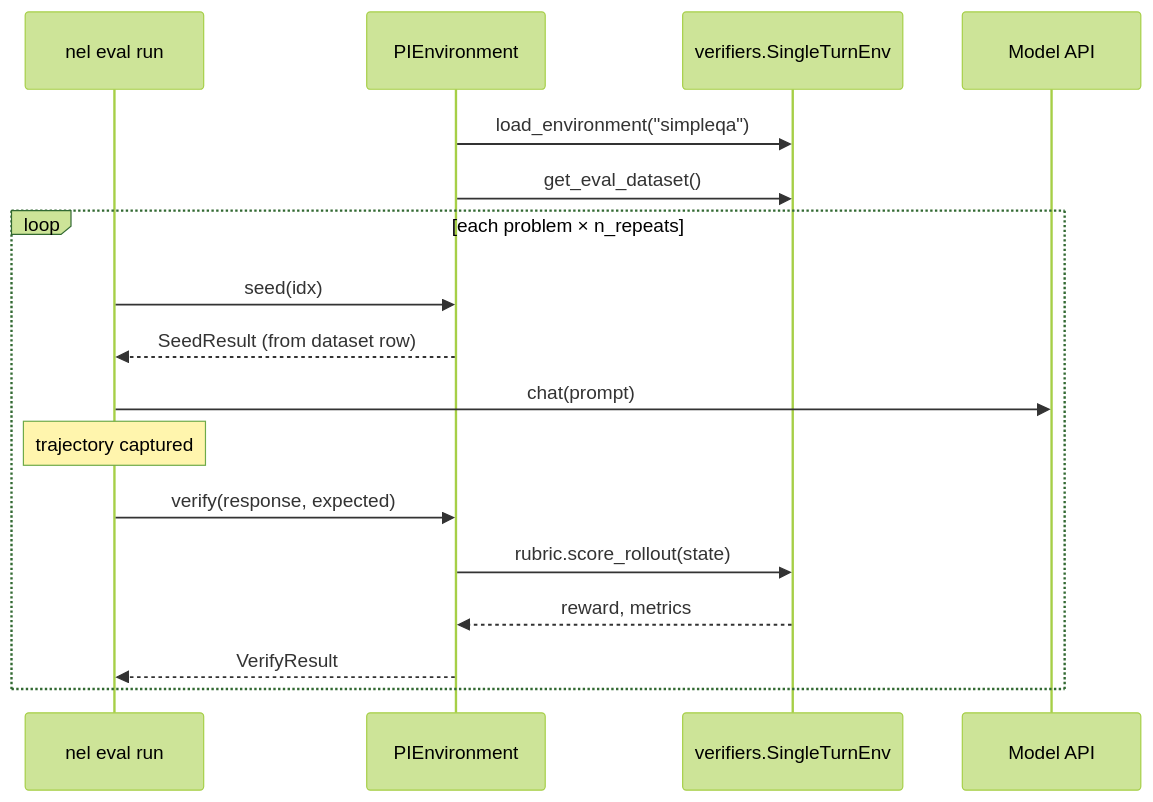
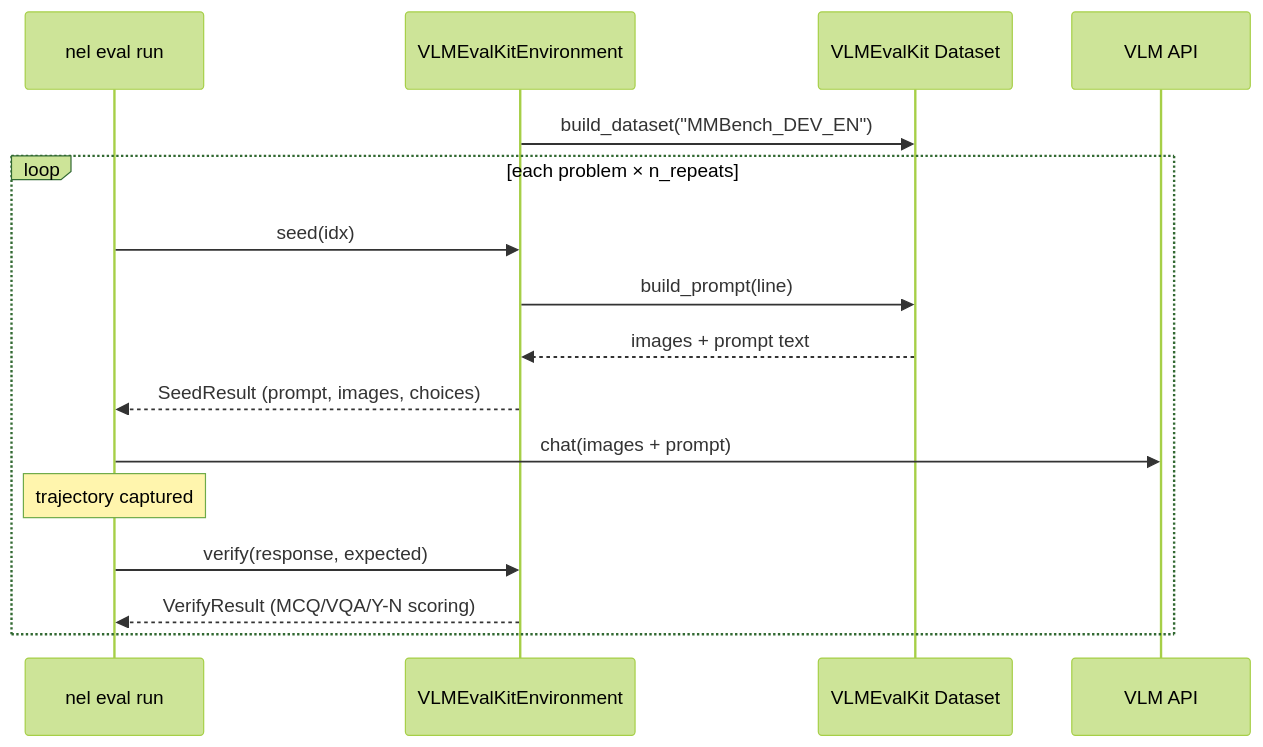
The fifth of 5 diagrams in docs/deployment-patterns.md (NVIDIA-NeMo/Evaluator), drawn with Mermaid (forest theme) before and after one commit. The commit also changed other lines of this file and 91 other files, not shown here.

````diff
--- a/docs/deployment-patterns.md
+++ b/docs/deployment-patterns.md
@@ -224,23 +218,22 @@
 ```{mermaid}
 sequenceDiagram
     participant Eval as nel eval run
-    participant PI as PIEnvironment
-    participant VF as verifiers.SingleTurnEnv
-    participant Model as Model API
+    participant VLM as VLMEvalKitEnvironment
+    participant VK as VLMEvalKit Dataset
+    participant Model as VLM API
 
-    PI->>VF: load_environment("simpleqa")
-    PI->>VF: get_eval_dataset()
+    VLM->>VK: build_dataset("MMBench_DEV_EN")
 
     loop each problem × n_repeats
-        Eval->>PI: seed(idx)
-        PI-->>Eval: SeedResult (from dataset row)
+        Eval->>VLM: seed(idx)
+        VLM->>VK: build_prompt(line)
+        VK-->>VLM: images + prompt text
+        VLM-->>Eval: SeedResult (prompt, images, choices)
 
-        Eval->>Model: chat(prompt)
+        Eval->>Model: chat(images + prompt)
         Note over Eval: trajectory captured
 
-        Eval->>PI: verify(response, expected)
-        PI->>VF: rubric.score_rollout(state)
-        VF-->>PI: reward, metrics
-        PI-->>Eval: VerifyResult
+        Eval->>VLM: verify(response, expected)
+        VLM-->>Eval: VerifyResult (MCQ/VQA/Y-N scoring)
     end
 ```
````
